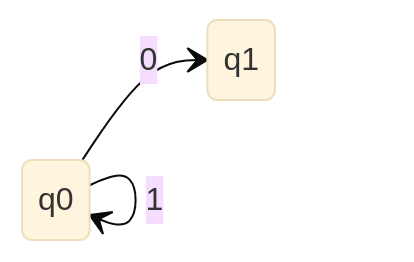
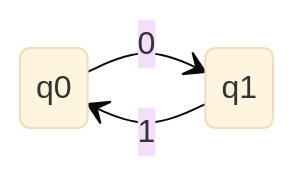
One commit to malaviya-parth/TOC changed the sixth of 29 diagrams in 01_FA and Regular Languages/11_FA to RE/3.md. Above: the diagram before and after it, drawn with Mermaid (base theme). The commit also changed other lines of this file and 16 other files, not shown here.

````diff
--- a/01_FA and Regular Languages/11_FA to RE/3.md
+++ b/01_FA and Regular Languages/11_FA to RE/3.md
@@ -64,6 +64,6 @@
 ```mermaid
 stateDiagram
     direction LR
     q0 --> q1 : 0
-    q0 --> q0 : 1
+    q1 --> q0 : 1
 ```
````
